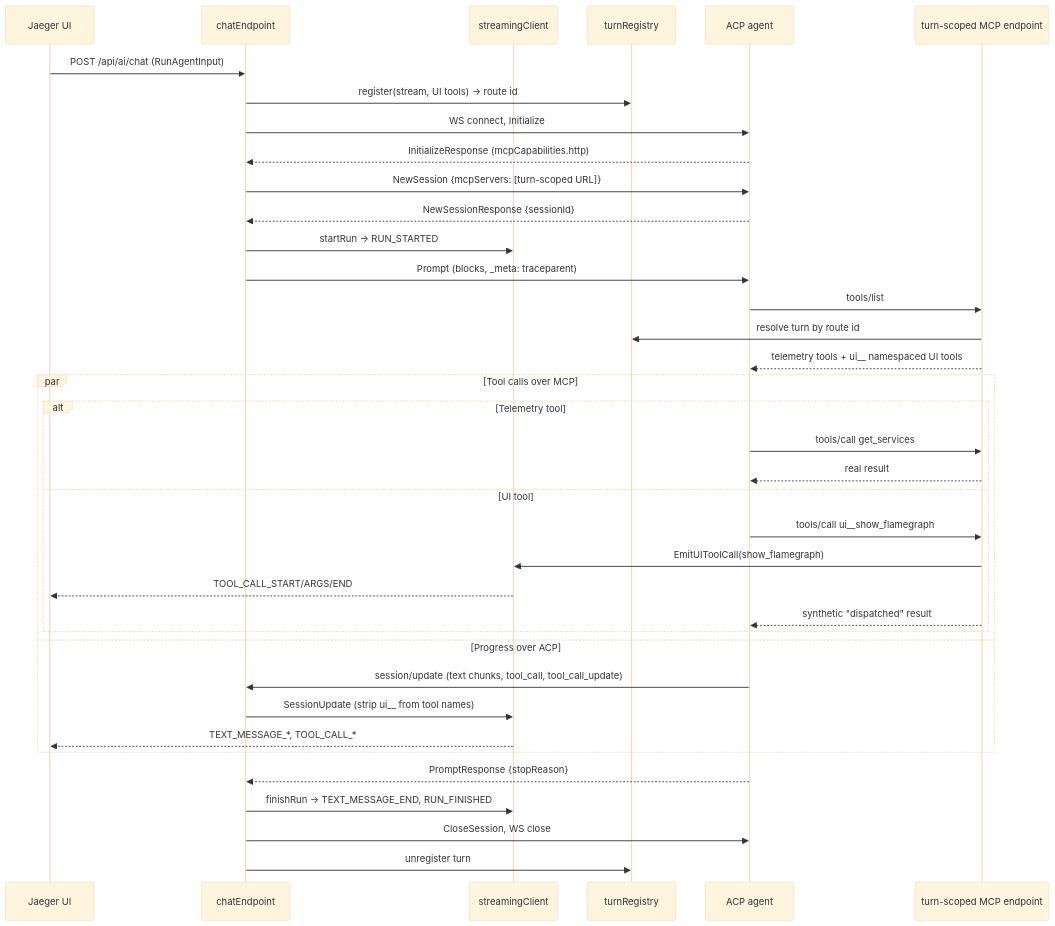
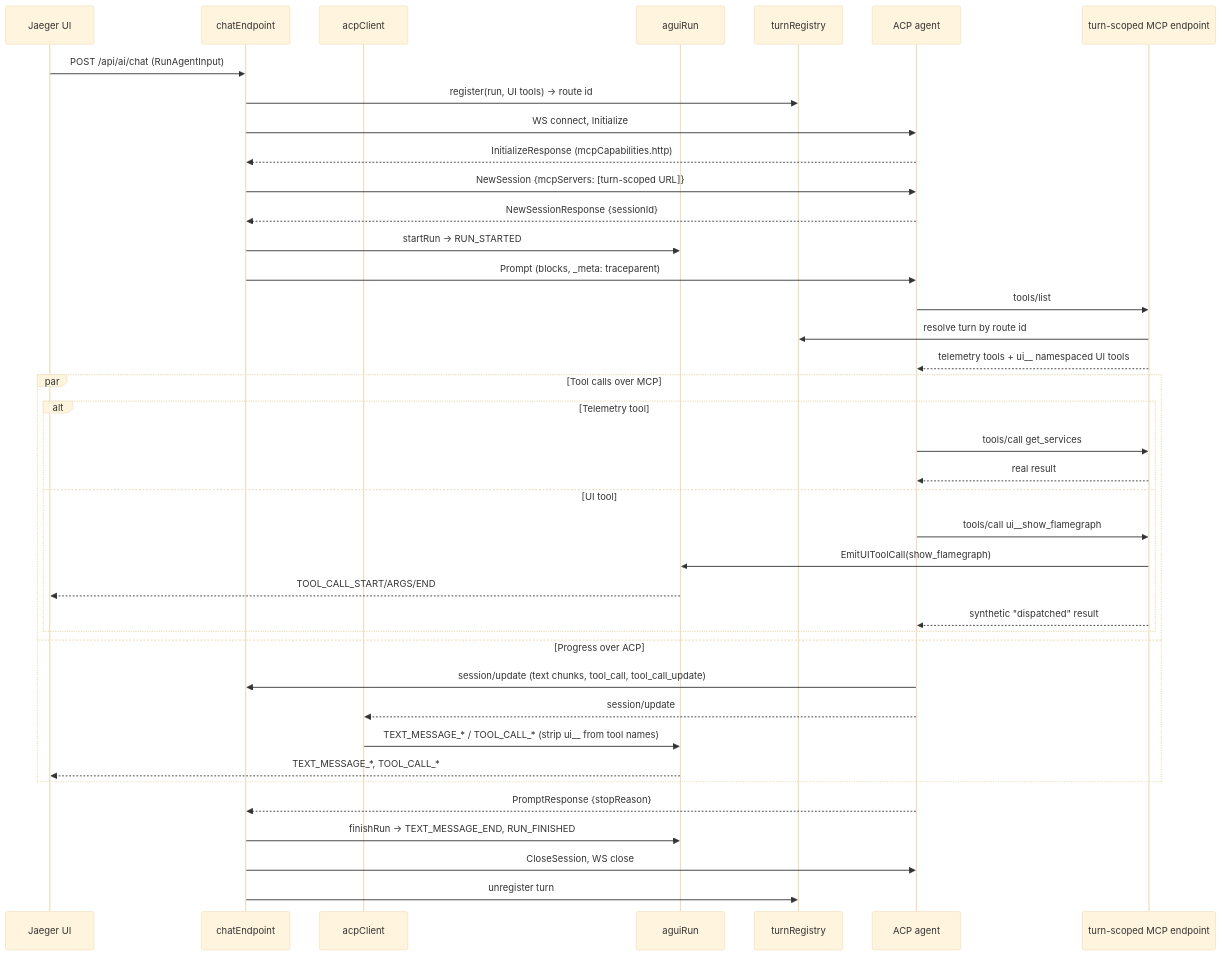
One commit to jaegertracing/jaeger changed the second of 2 diagrams in cmd/jaeger/internal/extension/jaegerquery/internal/jaegerai/README.md. Above: the diagram before and after it, drawn with Mermaid (base theme). The commit also changed other lines of this file and 12 other files, not shown here.

First line of the commit message:
refactor(query): Split the gateway's streamingClient into aguiRun and acpClient (#10017)

````diff
--- a/cmd/jaeger/internal/extension/jaegerquery/internal/jaegerai/README.md
+++ b/cmd/jaeger/internal/extension/jaegerquery/internal/jaegerai/README.md
@@ -97,43 +109,45 @@
 ```mermaid
 sequenceDiagram
     participant UI as Jaeger UI
     participant CHAT as chatEndpoint
-    participant SC as streamingClient
+    participant ACPC as acpClient
+    participant SC as aguiRun
     participant TURNS as turnRegistry
     participant AGENT as ACP agent
     participant MCP as turn-scoped MCP endpoint
 
     UI->>CHAT: POST /api/ai/chat (RunAgentInput)
-    CHAT->>TURNS: register(stream, UI tools) → route id
+    CHAT->>TURNS: register(run, UI tools) → route id
     CHAT->>AGENT: WS connect, Initialize
     AGENT-->>CHAT: InitializeResponse (mcpCapabilities.http)
     CHAT->>AGENT: NewSession {mcpServers: [turn-scoped URL]}
     AGENT-->>CHAT: NewSessionResponse {sessionId}
     CHAT->>SC: startRun → RUN_STARTED
     CHAT->>AGENT: Prompt (blocks, _meta: traceparent)
 
     AGENT->>MCP: tools/list
     MCP->>TURNS: resolve turn by route id
     MCP-->>AGENT: telemetry tools + ui__ namespaced UI tools
 
     par Tool calls over MCP
         alt Telemetry tool
             AGENT->>MCP: tools/call get_services
             MCP-->>AGENT: real result
         else UI tool
             AGENT->>MCP: tools/call ui__show_flamegraph
             MCP->>SC: EmitUIToolCall(show_flamegraph)
             SC-->>UI: TOOL_CALL_START/ARGS/END
             MCP-->>AGENT: synthetic "dispatched" result
         end
     and Progress over ACP
         AGENT->>CHAT: session/update (text chunks, tool_call, tool_call_update)
-        CHAT->>SC: SessionUpdate (strip ui__ from tool names)
+        AGENT-->>ACPC: session/update
+        ACPC->>SC: TEXT_MESSAGE_* / TOOL_CALL_* (strip ui__ from tool names)
         SC-->>UI: TEXT_MESSAGE_*, TOOL_CALL_*
     end
 
     AGENT-->>CHAT: PromptResponse {stopReason}
     CHAT->>SC: finishRun → TEXT_MESSAGE_END, RUN_FINISHED
     CHAT->>AGENT: CloseSession, WS close
     CHAT->>TURNS: unregister turn
 ```
````
